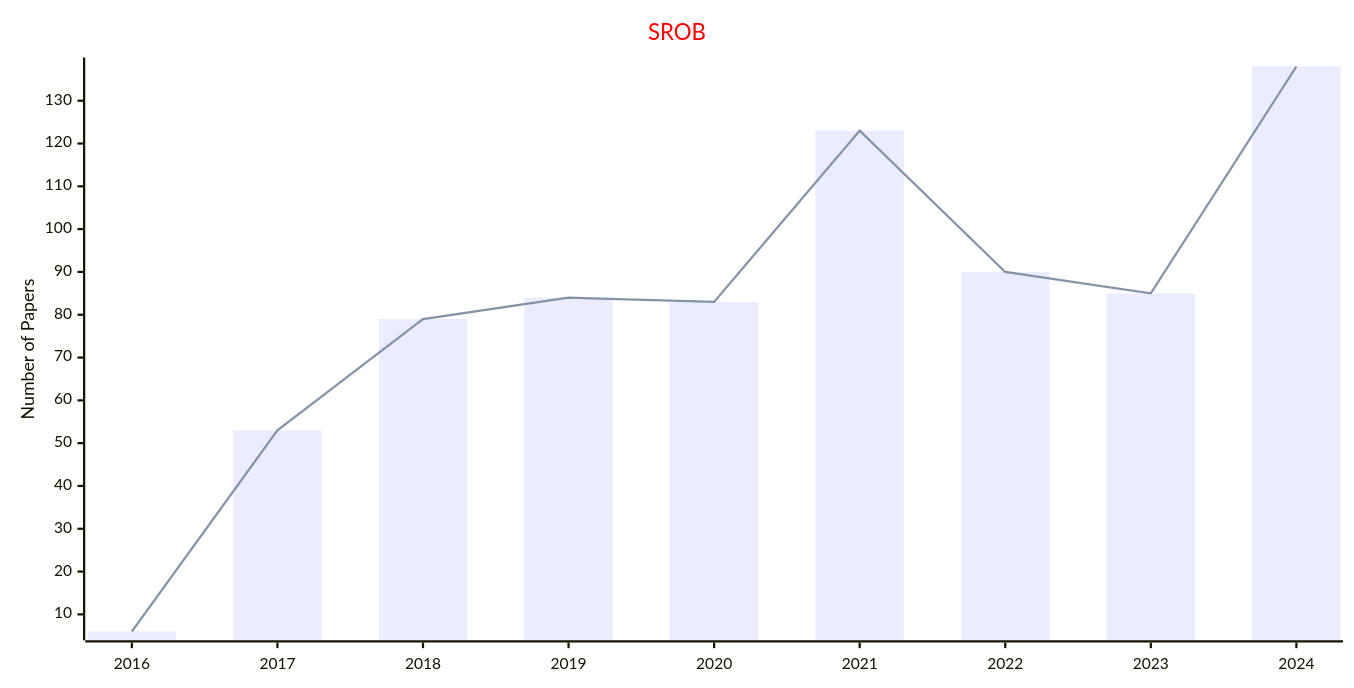
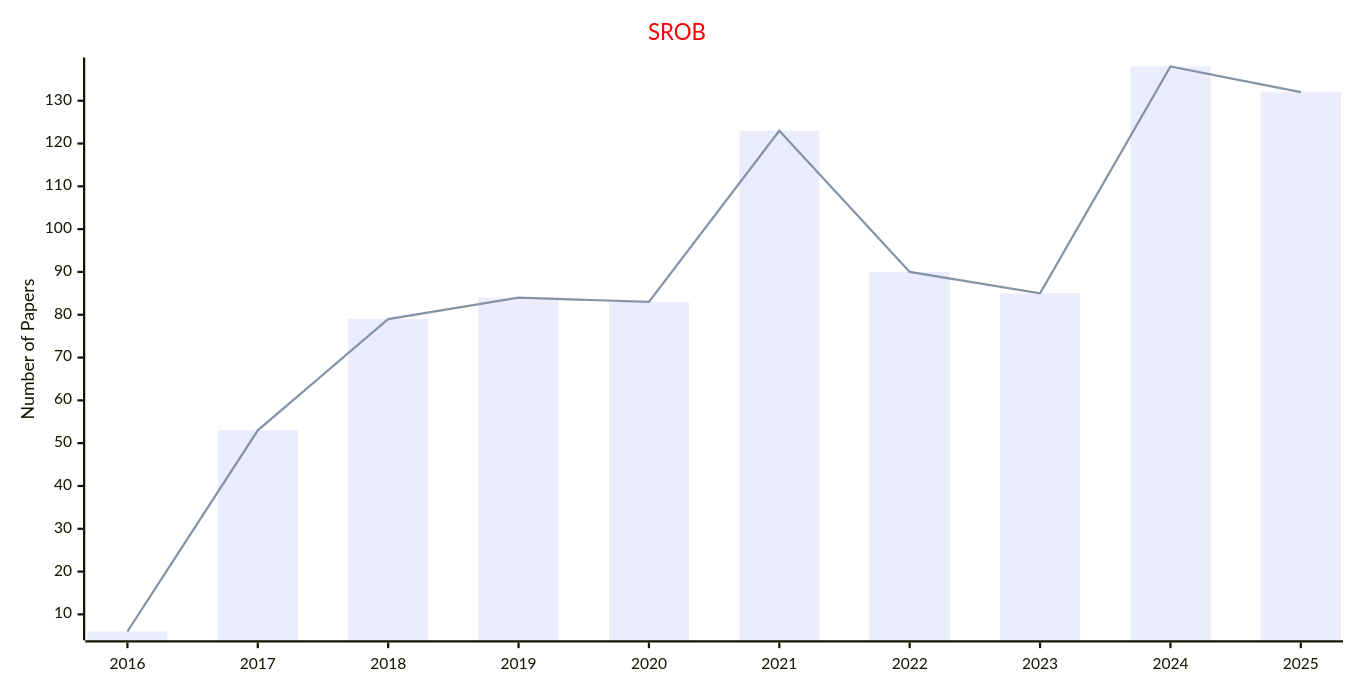
One commit to Easy-PhD/AILinks changed the first of 12 diagrams in docs/data/Journals/Statistics_Journals/Robotics_and_UAV.md. Above: the diagram before and after it, drawn with Mermaid. The commit also changed other lines of this file and 93 other files, not shown here.

````diff
--- a/docs/data/Journals/Statistics_Journals/Robotics_and_UAV.md
+++ b/docs/data/Journals/Statistics_Journals/Robotics_and_UAV.md
@@ -9,17 +9,17 @@
 ```mermaid
 ---
 config:
     xyChart:
         width: 1200
         height: 600
     themeVariables:
         xyChart:
             titleColor: "#ff0000"
 ---
 xychart-beta
     title "SROB"
-    x-axis [2016, 2017, 2018, 2019, 2020, 2021, 2022, 2023, 2024]
+    x-axis [2016, 2017, 2018, 2019, 2020, 2021, 2022, 2023, 2024, 2025]
     y-axis "Number of Papers"
-    bar [6, 53, 79, 84, 83, 123, 90, 85, 138]
-    line [6, 53, 79, 84, 83, 123, 90, 85, 138]
+    bar [6, 53, 79, 84, 83, 123, 90, 85, 138, 132]
+    line [6, 53, 79, 84, 83, 123, 90, 85, 138, 132]
 ```
````
